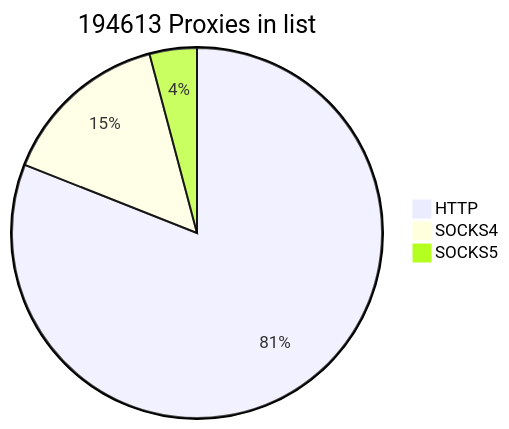
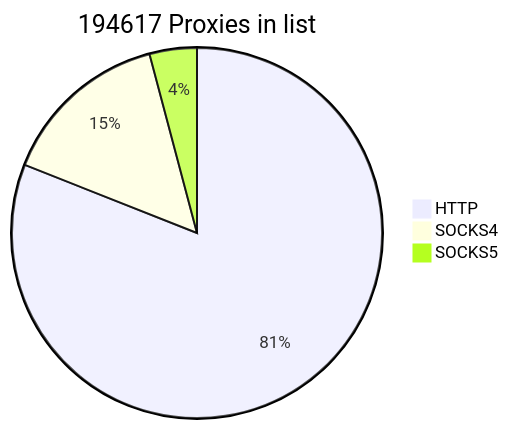
Before and after one commit to cutipu/proxylist: the first of 2 diagrams in README.md, drawn with Mermaid. The commit also changed other lines of this file, not shown here.

````diff
--- a/README.md
+++ b/README.md
@@ -2,7 +2,7 @@
 ```mermaid
-pie title 194613 Proxies in list
+pie title 194617 Proxies in list
     "HTTP" : 157632
-    "SOCKS4" : 28947
-    "SOCKS5" : 8034
+    "SOCKS4" : 28949
+    "SOCKS5" : 8036
             
 ```
````
